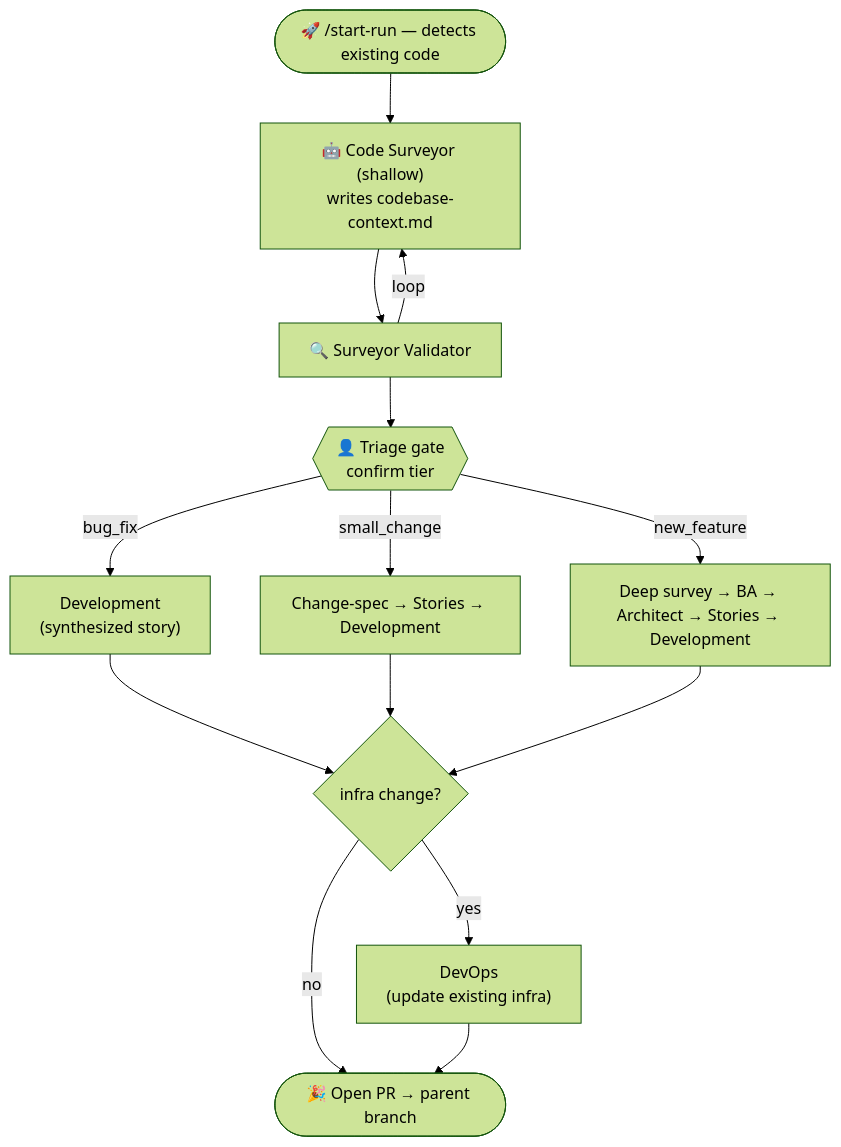
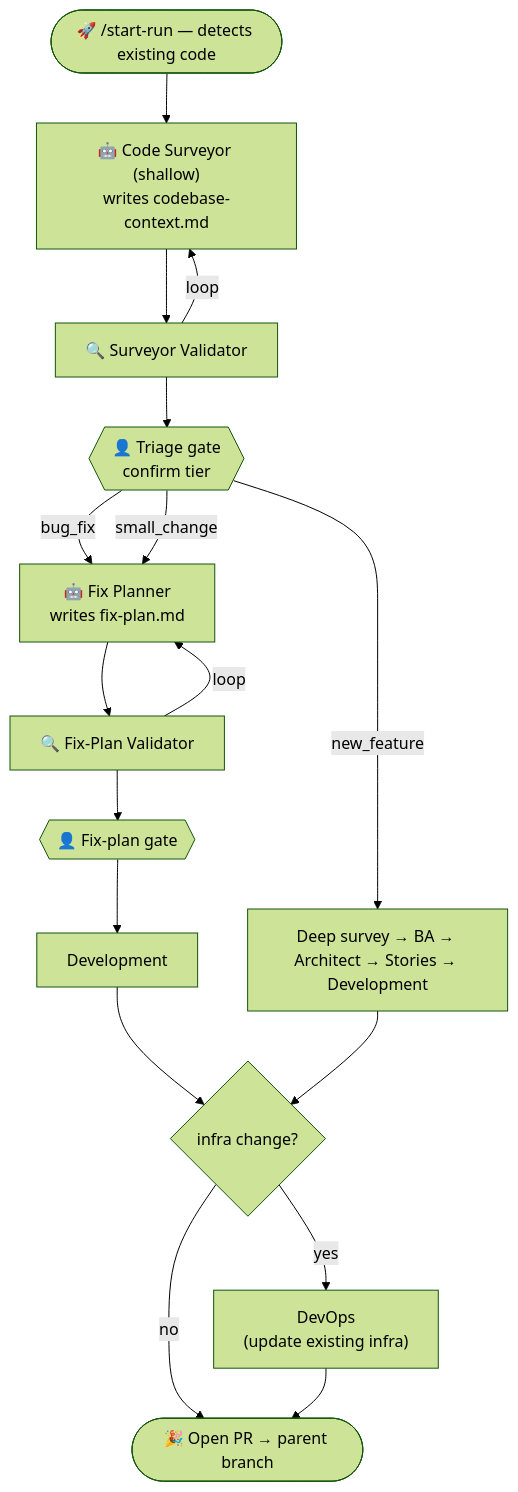
The second of 2 diagrams in plugins/agentic-sdlc/README.md (ecogs-sys/Agentic.SDLC), drawn with Mermaid (forest theme) before and after one commit. The commit also changed other lines of this file and 13 other files, not shown here.

First line of the commit message:
feat(brownfield): evidence-based Fix Plan stage for bug_fix/small_change tiers

````diff
--- a/plugins/agentic-sdlc/README.md
+++ b/plugins/agentic-sdlc/README.md
@@ -178,16 +182,19 @@
 ```mermaid
 flowchart TD
     S(["🚀 /start-run — detects existing code"]) --> SV["🤖 Code Surveyor (shallow)<br/>writes codebase-context.md"]
     SV --> SVV["🔍 Surveyor Validator"]
     SVV -- "loop" --> SV
     SVV --> TG{{"👤 Triage gate<br/>confirm tier"}}
-    TG -- "bug_fix" --> D1["Development<br/>(synthesized story)"]
-    TG -- "small_change" --> D2["Change-spec → Stories → Development"]
+    TG -- "bug_fix" --> FP["🤖 Fix Planner<br/>writes fix-plan.md"]
+    TG -- "small_change" --> FP
+    FP --> FPV["🔍 Fix-Plan Validator"]
+    FPV -- "loop" --> FP
+    FPV --> FPG{{"👤 Fix-plan gate"}}
+    FPG --> D1["Development"]
     TG -- "new_feature" --> D3["Deep survey → BA → Architect → Stories → Development"]
     D1 --> IC{"infra change?"}
-    D2 --> IC
     D3 --> IC
     IC -- "yes" --> DO["DevOps<br/>(update existing infra)"]
     IC -- "no" --> PR(["🎉 Open PR → parent branch"])
     DO --> PR
 ```
````
